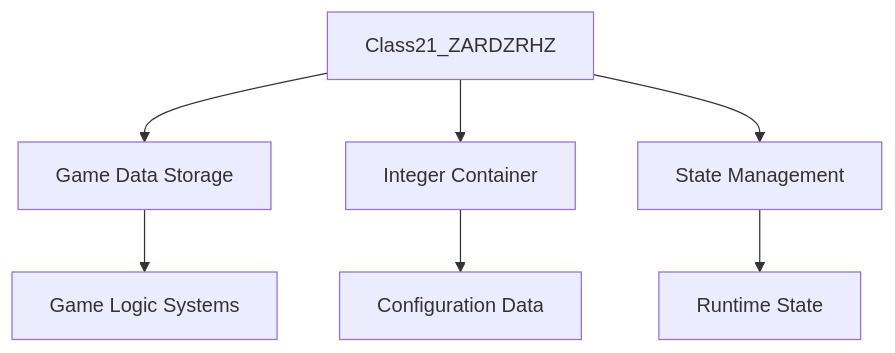
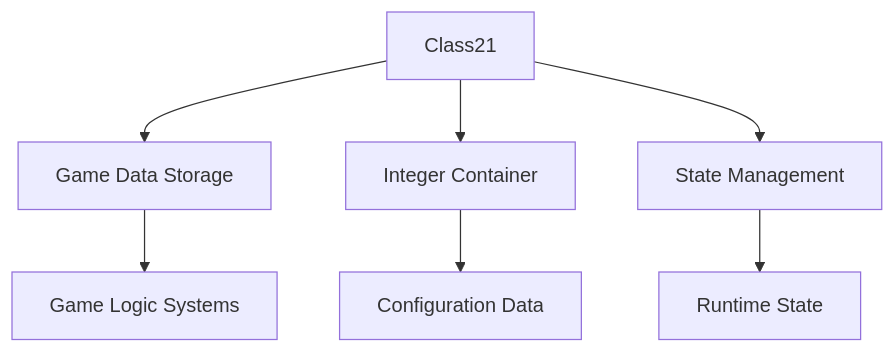
One commit to daxxog/solmud changed the diagram in bytecode/mapping/evidence/verified/Class21_ZARDZRHZ.md. Above: the diagram before and after it, drawn with Mermaid. The commit also changed other lines of this file and 48 other files, not shown here.

````diff
--- a/bytecode/mapping/evidence/verified/Class21_ZARDZRHZ.md
+++ b/bytecode/mapping/evidence/verified/Class21_ZARDZRHZ.md
@@ -175,9 +175,9 @@
 ```mermaid
 graph TD
-    A[Class21_ZARDZRHZ] --> B[Game Data Storage]
+    A[Class21] --> B[Game Data Storage]
     A --> C[Integer Container]
     A --> D[State Management]
     B --> E[Game Logic Systems]
     C --> F[Configuration Data]
     D --> G[Runtime State]
 ```
````
